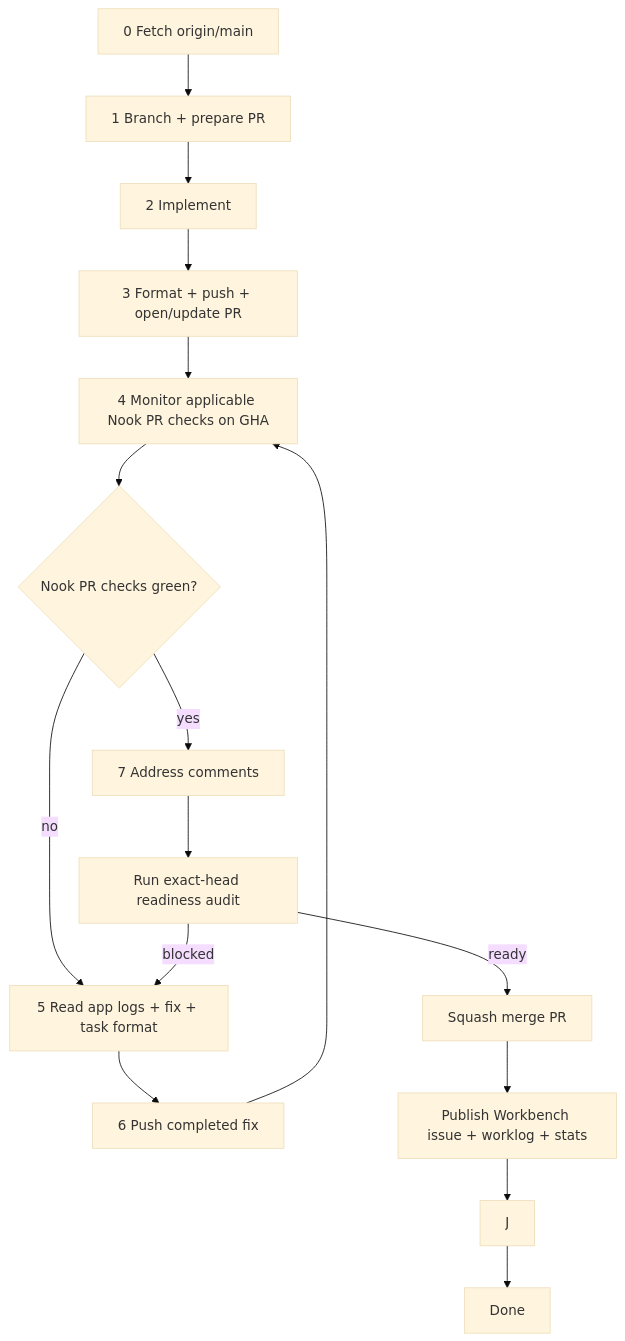
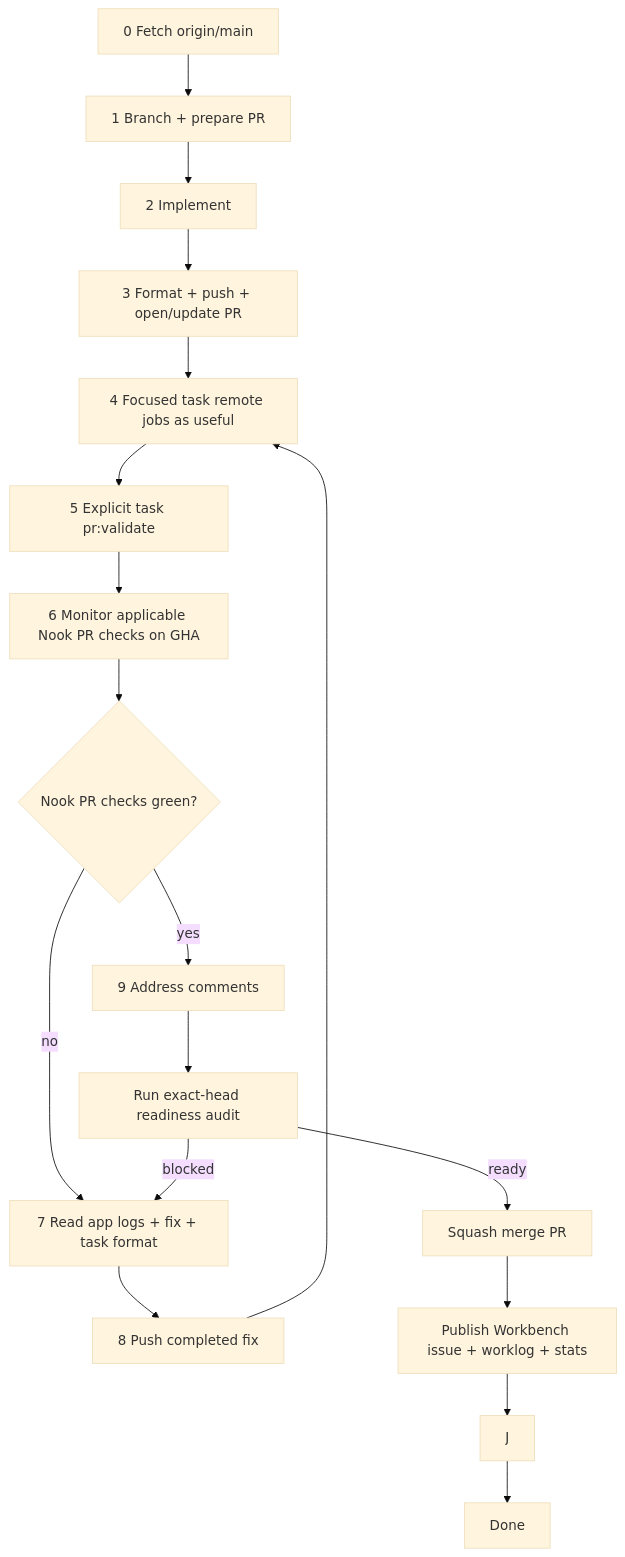
The diagram in .cortex/workflows/pull-requests.md (meta-secret/nook), drawn with Mermaid (base theme) before and after one commit. The commit also changed other lines of this file and 40 other files, not shown here.

````diff
--- a/.cortex/workflows/pull-requests.md
+++ b/.cortex/workflows/pull-requests.md
@@ -54,18 +54,20 @@
 ```mermaid
 flowchart TD
   Z[0 Fetch origin/main] --> A[1 Branch + prepare PR]
   A --> I[2 Implement]
   I --> E[3 Format + push + open/update PR]
-  E --> F[4 Monitor applicable Nook PR checks on GHA]
+  E --> X[4 Focused task remote jobs as useful]
+  X --> V[5 Explicit task pr:validate]
+  V --> F[6 Monitor applicable Nook PR checks on GHA]
   F --> G{Nook PR checks green?}
-  G -->|no| H[5 Read app logs + fix + task format]
-  H --> PUSH[6 Push completed fix]
-  PUSH --> F
-  G -->|yes| C[7 Address comments]
+  G -->|no| H[7 Read app logs + fix + task format]
+  H --> PUSH[8 Push completed fix]
+  PUSH --> X
+  G -->|yes| C[9 Address comments]
   C --> R[Run exact-head readiness audit]
   R -->|blocked| H
   R -->|ready| M[Squash merge PR]
   M --> S[Publish Workbench issue + worklog + stats]
   S --> J
   J --> K[Done]
 ```
````
